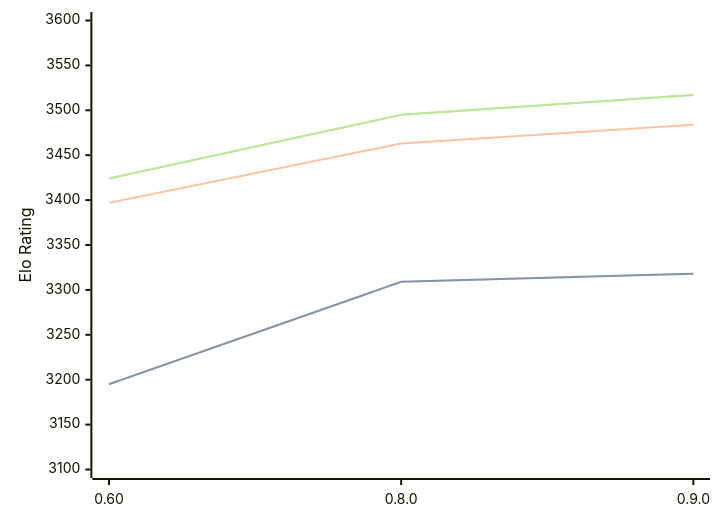
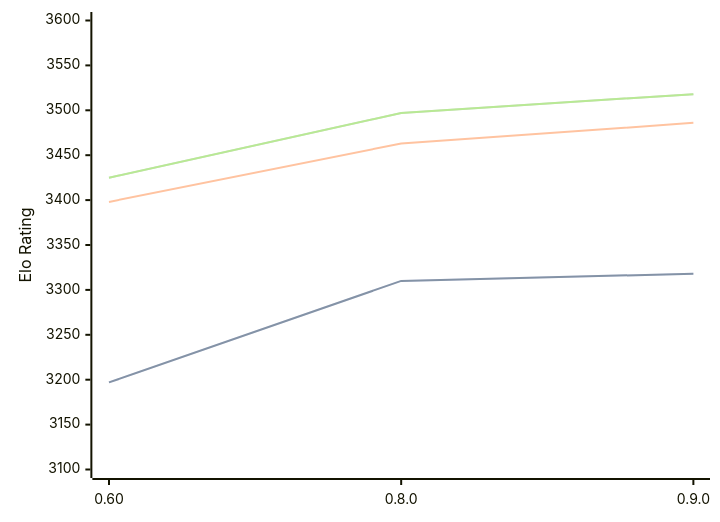
One commit to computer-chess-index/cci changed the third of 3 diagrams in engines/Motor.md. Above: the diagram before and after it, drawn with Mermaid. The commit also changed other lines of this file, not shown here.

Commit message:
Update CCI Ratings (ELO VLTC) - 2026-06-24

````diff
--- a/engines/Motor.md
+++ b/engines/Motor.md
@@ -72,11 +72,11 @@
 ```mermaid
 %%{init: {"theme":"base","themeVariables":{"seriesColors:['#a3a3a3','#222221','#faa371']}}}%%
 xychart-beta
   x-axis ["0.60", "0.8.0", "0.9.0"]
   y-axis "Elo Rating" 3100 --> 3600
-  line "STC (8.0+0.08s)" [3195, 3309, 3318]
-  line "STC (8.0+0.08s)" [3195, 3309, 3318]
-  line "LTC (60.0+0.60s)" [3397, 3463, 3484]
-  line "VLTC (2m24s+1.12s)" [3424, 3495, 3517]
-  line "VLTC (2m24s+1.12s)" [3424, 3495, 3517]
+  line "STC (8.0+0.08s)" [3197, 3310, 3318]
+  line "STC (8.0+0.08s)" [3197, 3310, 3318]
+  line "LTC (60.0+0.60s)" [3398, 3463, 3486]
+  line "VLTC (2m24s+1.12s)" [3425, 3497, 3518]
+  line "VLTC (2m24s+1.12s)" [3425, 3497, 3518]
 ```
````
